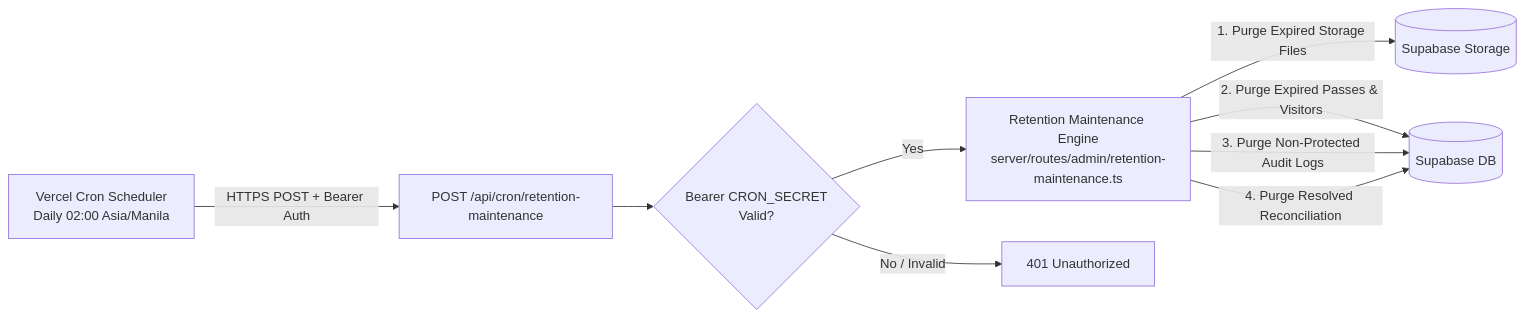
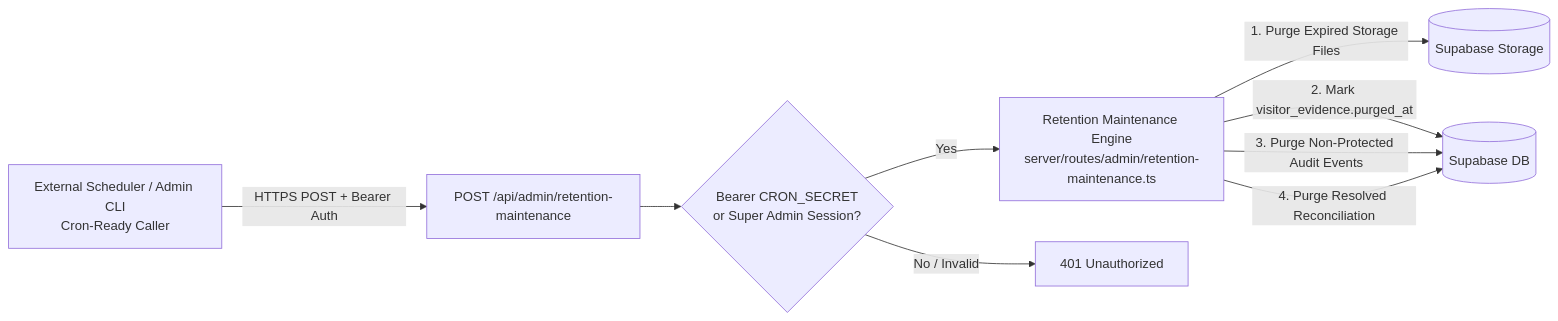
One commit to jsphhbna/egatepass changed the first of 3 diagrams in docs/ENVIRONMENT_AND_CRON.md. Above: the diagram before and after it, drawn with Mermaid. The commit also changed other lines of this file and 13 other files, not shown here.

Commit message:
docs(truthfulness): repair markdown formatting, mermaid blocks, and architectural truthfulness across all active documentation

````diff
--- a/docs/ENVIRONMENT_AND_CRON.md
+++ b/docs/ENVIRONMENT_AND_CRON.md
@@ -11,19 +11,19 @@
 ```mermaid
 flowchart LR
-    VercelCron[Vercel Cron Scheduler<br/>Daily 02:00 Asia/Manila]
-    Endpoint[POST /api/cron/retention-maintenance]
-    AuthCheck{Bearer CRON_SECRET<br/>Valid?}
+    Scheduler[External Scheduler / Admin CLI<br/>Cron-Ready Caller]
+    Endpoint[POST /api/admin/retention-maintenance]
+    AuthCheck{Bearer CRON_SECRET<br/>or Super Admin Session?}
     Engine[Retention Maintenance Engine<br/>server/routes/admin/retention-maintenance.ts]
     DB[(Supabase DB)]
     Storage[(Supabase Storage)]
 
-    VercelCron -->|HTTPS POST + Bearer Auth| Endpoint
+    Scheduler -->|HTTPS POST + Bearer Auth| Endpoint
     Endpoint --> AuthCheck
     AuthCheck -->|No / Invalid| Reject[401 Unauthorized]
     AuthCheck -->|Yes| Engine
 
     Engine -->|1. Purge Expired Storage Files| Storage
-    Engine -->|2. Purge Expired Passes & Visitors| DB
-    Engine -->|3. Purge Non-Protected Audit Logs| DB
+    Engine -->|2. Mark visitor_evidence.purged_at| DB
+    Engine -->|3. Purge Non-Protected Audit Events| DB
     Engine -->|4. Purge Resolved Reconciliation| DB
 ```
````
